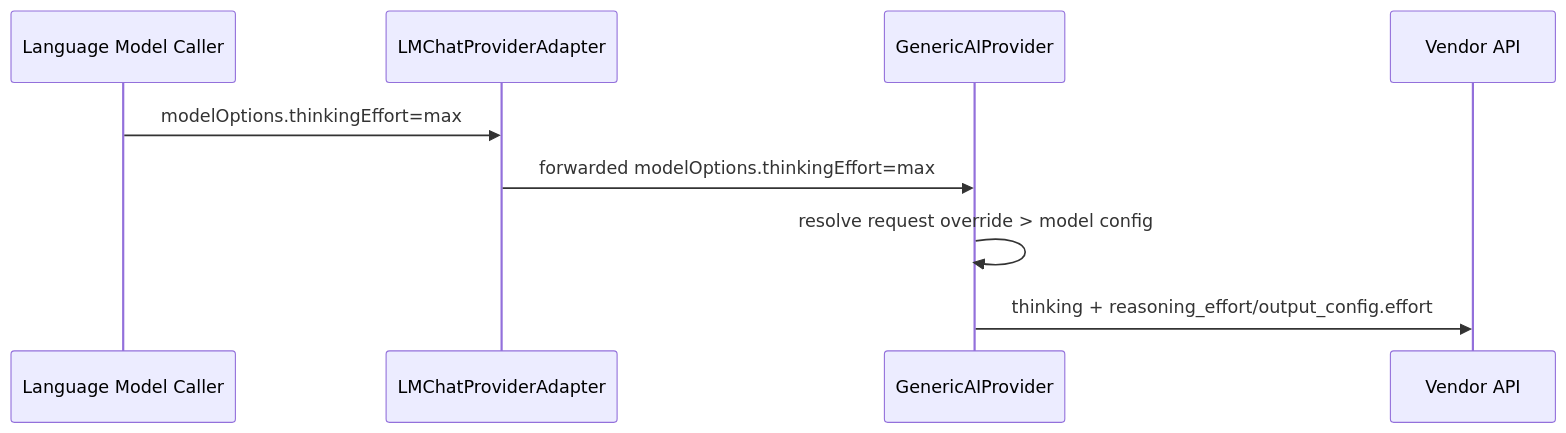
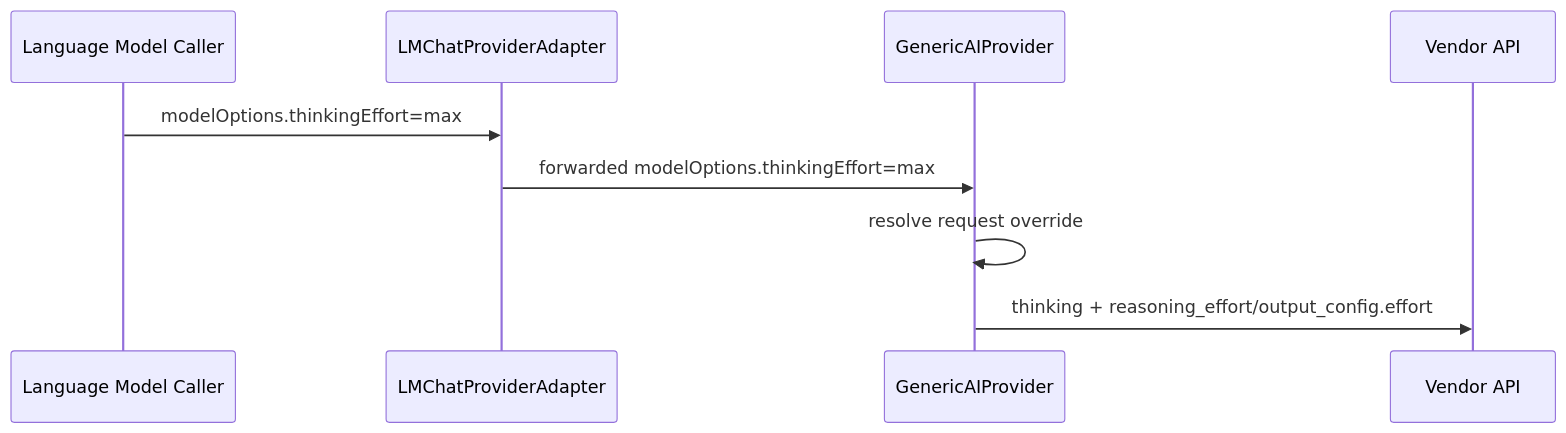
One commit to jqknono/coding-plans-for-copilot changed the diagram in cases/2026-05-18-model-thinking-effort.md. Above: the diagram before and after it, drawn with Mermaid. The commit also changed other lines of this file and 12 other files, not shown here.

````diff
--- a/cases/2026-05-18-model-thinking-effort.md
+++ b/cases/2026-05-18-model-thinking-effort.md
@@ -11,12 +11,12 @@
 ```mermaid
 sequenceDiagram
     participant Caller as Language Model Caller
     participant Adapter as LMChatProviderAdapter
     participant Provider as GenericAIProvider
     participant Upstream as Vendor API
 
     Caller->>Adapter: modelOptions.thinkingEffort=max
     Adapter->>Provider: forwarded modelOptions.thinkingEffort=max
-    Provider->>Provider: resolve request override > model config
+    Provider->>Provider: resolve request override
     Provider->>Upstream: thinking + reasoning_effort/output_config.effort
 ```
````
